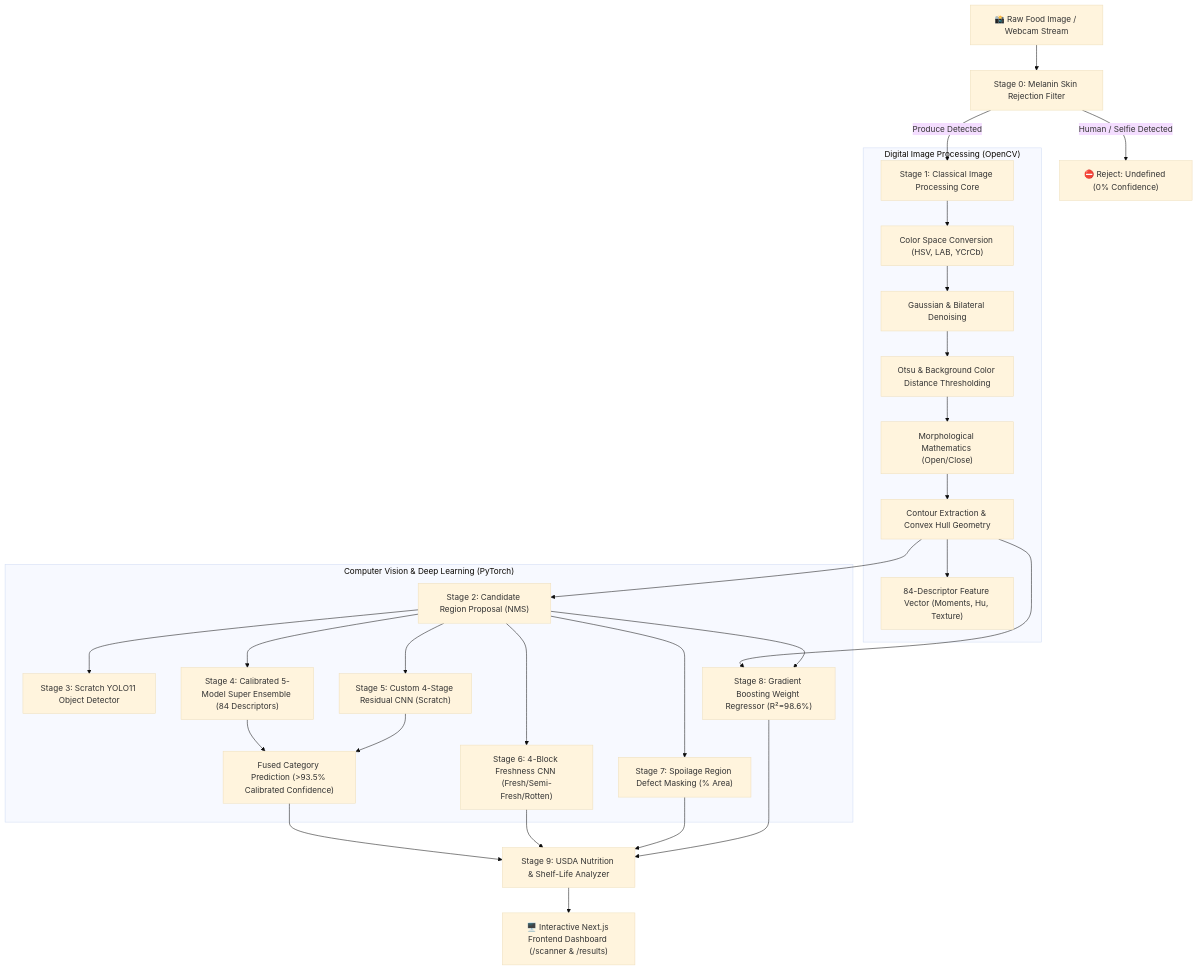
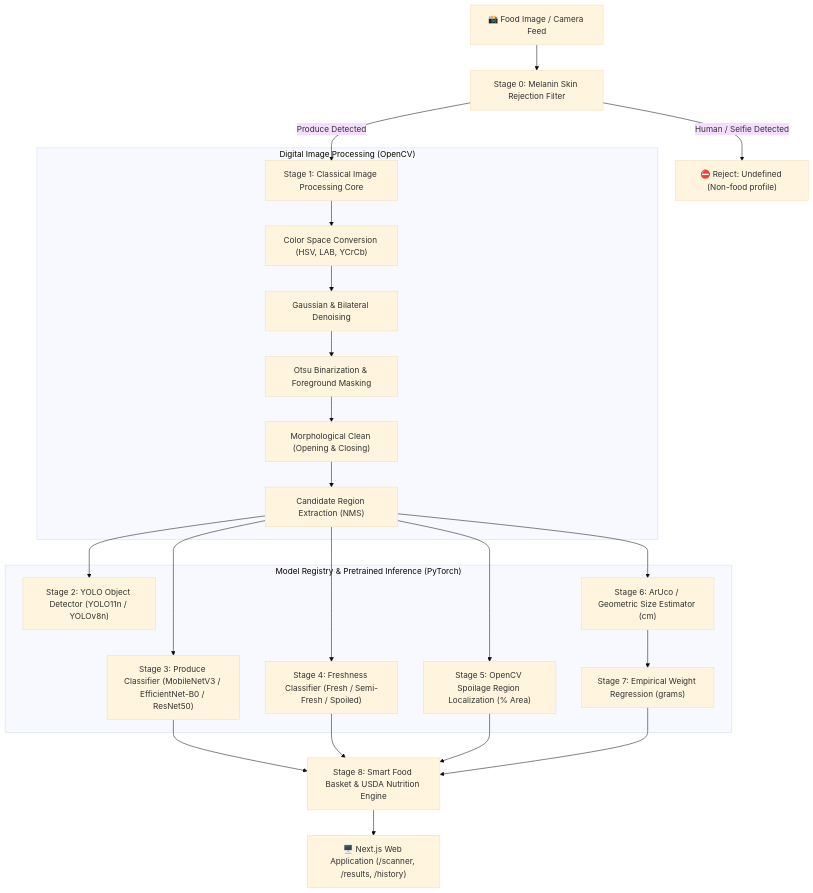
Before and after one commit to Aakif009-new/Nutrivision-AI: the diagram in README.md, drawn with Mermaid (base theme). The commit also changed other lines of this file and 29 other files, not shown here.

Commit message:
feat(ml): complete pretrained model migration, transfer learning pipeline, model registry, and benchmarks

````diff
--- a/README.md
+++ b/README.md
@@ -47,30 +48,27 @@
 ```mermaid
 flowchart TD
-    A["📸 Raw Food Image / Webcam Stream"] --> B["Stage 0: Melanin Skin Rejection Filter"]
+    A["📸 Food Image / Camera Feed"] --> B["Stage 0: Melanin Skin Rejection Filter"]
     
-    B -->|"Human / Selfie Detected"| B1["⛔ Reject: Undefined (0% Confidence)"]
+    B -->|"Human / Selfie Detected"| B1["⛔ Reject: Undefined (Non-food profile)"]
     B -->|"Produce Detected"| C["Stage 1: Classical Image Processing Core"]
     
     subgraph IP_Domain ["Digital Image Processing (OpenCV)"]
         C --> C1["Color Space Conversion (HSV, LAB, YCrCb)"]
         C1 --> C2["Gaussian & Bilateral Denoising"]
-        C2 --> C3["Otsu & Background Color Distance Thresholding"]
-        C3 --> C4["Morphological Mathematics (Open/Close)"]
-        C4 --> C5["Contour Extraction & Convex Hull Geometry"]
-        C5 --> C6["84-Descriptor Feature Vector (Moments, Hu, Texture)"]
+        C2 --> C3["Otsu Binarization & Foreground Masking"]
+        C3 --> C4["Morphological Clean (Opening & Closing)"]
+        C4 --> C5["Candidate Region Extraction (NMS)"]
     end
     
-    subgraph CV_Domain ["Computer Vision & Deep Learning (PyTorch)"]
-        C5 --> D["Stage 2: Candidate Region Proposal (NMS)"]
-        D --> E["Stage 3: Scratch YOLO11 Object Detector"]
-        D --> F["Stage 4: Calibrated 5-Model Super Ensemble (84 Descriptors)"]
-        D --> G["Stage 5: Custom 4-Stage Residual CNN (Scratch)"]
-        F & G --> H["Fused Category Prediction (>93.5% Calibrated Confidence)"]
-        D --> I["Stage 6: 4-Block Freshness CNN (Fresh/Semi-Fresh/Rotten)"]
-        D --> J["Stage 7: Spoilage Region Defect Masking (% Area)"]
-        C5 & D --> K["Stage 8: Gradient Boosting Weight Regressor (R²=98.6%)"]
+    subgraph Registry_Domain ["Model Registry & Pretrained Inference (PyTorch)"]
+        C5 --> D["Stage 2: YOLO Object Detector (YOLO11n / YOLOv8n)"]
+        C5 --> E["Stage 3: Produce Classifier (MobileNetV3 / EfficientNet-B0 / ResNet50)"]
+        C5 --> F["Stage 4: Freshness Classifier (Fresh / Semi-Fresh / Spoiled)"]
+        C5 --> G["Stage 5: OpenCV Spoilage Region Localization (% Area)"]
+        C5 --> H["Stage 6: ArUco / Geometric Size Estimator (cm)"]
+        H --> I["Stage 7: Empirical Weight Regression (grams)"]
     end
     
-    H & I & J & K --> L["Stage 9: USDA Nutrition & Shelf-Life Analyzer"]
-    L --> M["🖥️ Interactive Next.js Frontend Dashboard (/scanner & /results)"]
+    E & F & G & I --> J["Stage 8: Smart Food Basket & USDA Nutrition Engine"]
+    J --> K["🖥️ Next.js Web Application (/scanner, /results, /history)"]
 ```
````
